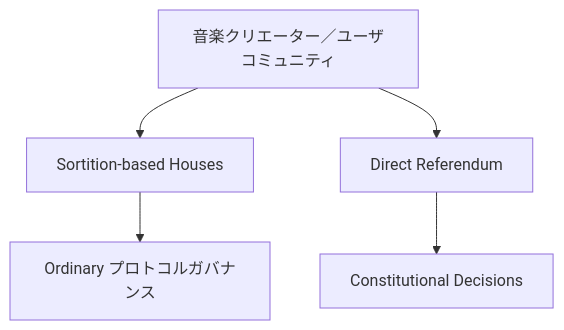
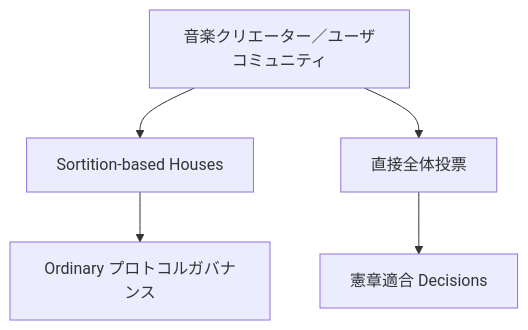
The third of 47 diagrams in docs/whitepaper/13-roadmap.md (ShigeichiroYamasaki/creator-first-platform), drawn with Mermaid before and after one commit. The commit also changed other lines of this file and 72 other files, not shown here.

````diff
--- a/docs/whitepaper/13-roadmap.md
+++ b/docs/whitepaper/13-roadmap.md
@@ -79,10 +79,10 @@
 ```mermaid
 flowchart TD
     COMMUNITY[音楽クリエーター／ユーザコミュニティ]
 
     COMMUNITY --> HOUSES[Sortition-based Houses]
-    COMMUNITY --> REFERENDUM[Direct Referendum]
+    COMMUNITY --> REFERENDUM[直接全体投票]
 
     HOUSES --> ORDINARY[Ordinary プロトコルガバナンス]
-    REFERENDUM --> CONSTITUTION[Constitutional Decisions]
+    REFERENDUM --> CONSTITUTION[憲章適合 Decisions]
 ```
````
